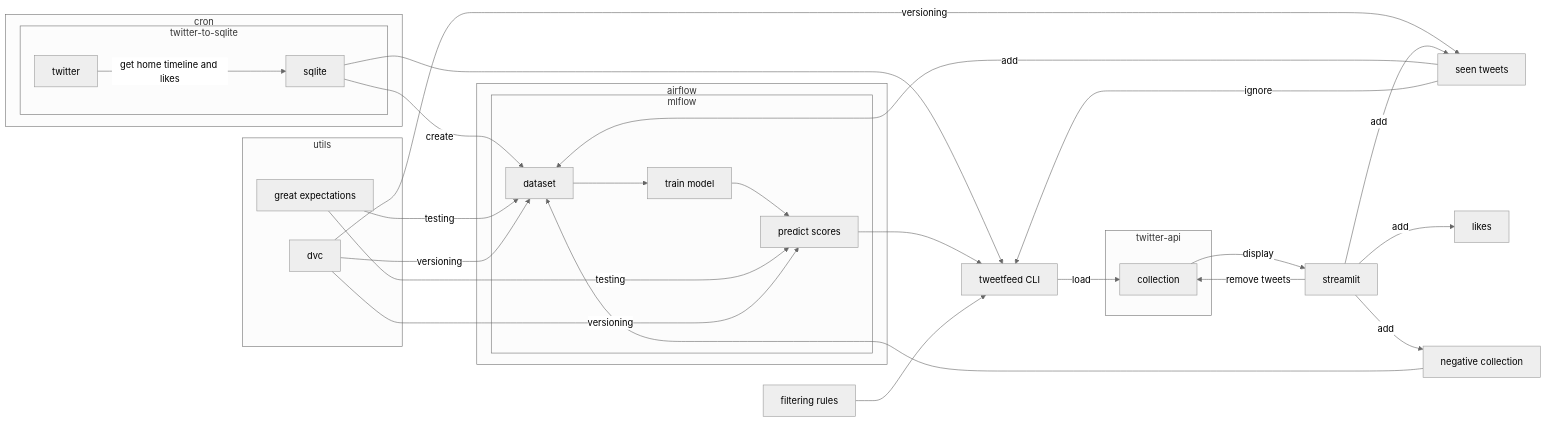
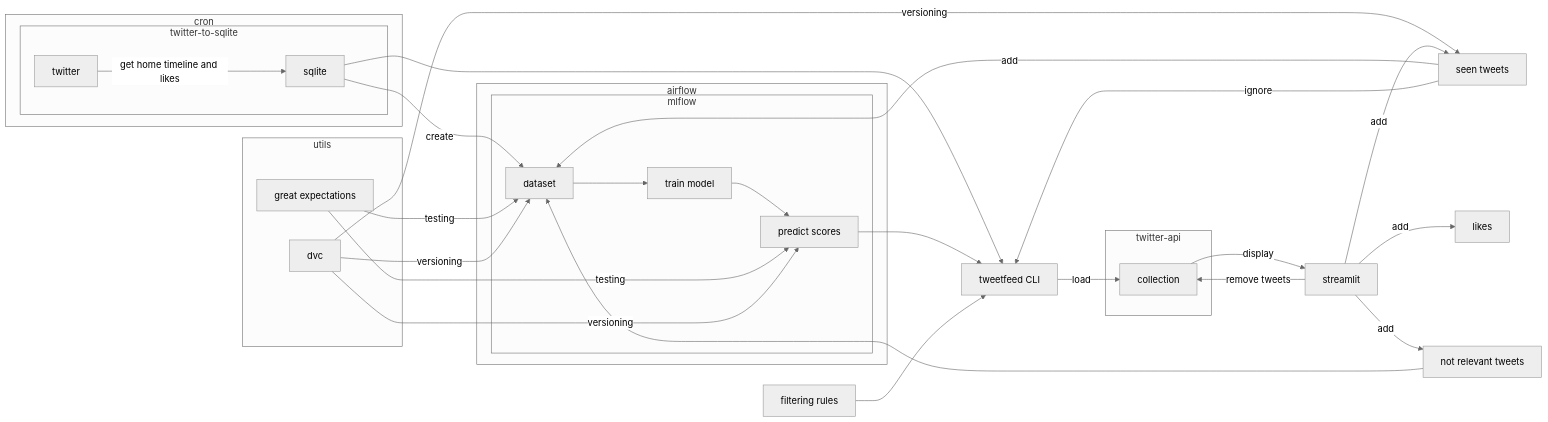
The second of 4 diagrams in README.md (gsajko/tweetfeed), drawn with Mermaid (neutral theme) before and after one commit. The commit also changed other lines of this file and 8 other files, not shown here.

````diff
--- a/README.md
+++ b/README.md
@@ -85,62 +85,62 @@
 ```mermaid
 flowchart LR
 
 tw[twitter]
 d[dataset]
 t[train model]
 s[predict scores]
 c[collection]
-neg_c[negative collection]
+neg_c[not relevant tweets]
 f[filtering rules]
 cli[tweetfeed CLI]
 st[streamlit]
 seen[seen tweets]
 g[great expectations]
 
 tw --get home timeline and likes--> sqlite
 sqlite --create--> d
 d --> t --> s 
 
 sqlite & s & f -->cli
 cli --load--> c
 
 seen --add--> d
 
 g --testing--> d & s
 dvc --versioning--> d & s & seen
 
 c  --display--> st
 st --remove tweets--> c
 st --add--> seen & likes & neg_c
 seen --ignore--> cli
 neg_c --> d
 
 subgraph twitter-to-sqlite
 tw
 sqlite
 end
 
 subgraph mlflow
 d
 t
 s
 end
 
 subgraph twitter-api
 c
 end
 
 subgraph cron
 twitter-to-sqlite
 end
 
 subgraph airflow
 mlflow
 end
 
 subgraph utils
 g
 dvc
 end
 
 ```
````
